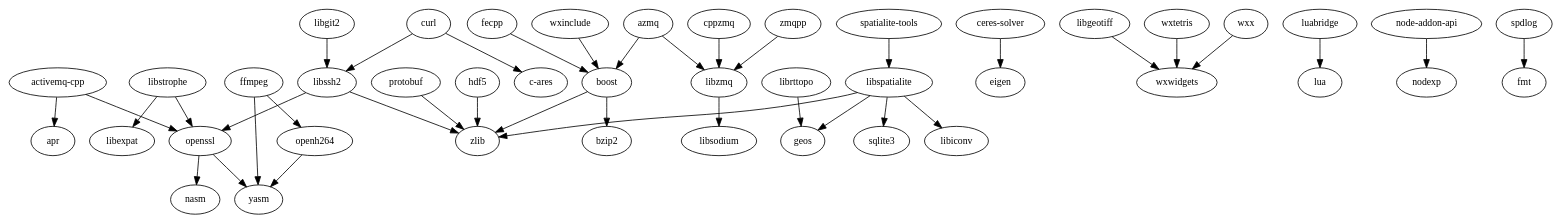
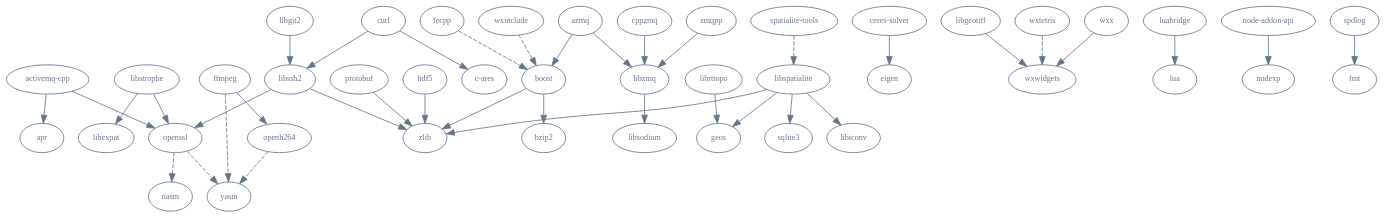
One commit to externpro/externpro changed the diagram in cmake/deps.dot. Above: the diagram before and after it, drawn with Graphviz. The commit also changed 2 other files, not shown here.

```diff
--- a/cmake/deps.dot
+++ b/cmake/deps.dot
@@ -1,41 +1,45 @@
 digraph GG {
-  node [fontsize=12];
+  bgcolor="transparent";
+  graph [fontcolor="#64748b", color="#64748b"];
+  node  [fontcolor="#64748b", color="#64748b"];
+  edge  [fontcolor="#64748b", color="#64748b"];
+  node  [fontsize=10];
   "activemq-cpp" -> "apr";
   "activemq-cpp" -> "openssl";
   "azmq" -> "boost";
   "azmq" -> "libzmq";
   "boost" -> "bzip2";
   "boost" -> "zlib";
   "ceres-solver" -> "eigen";
   "cppzmq" -> "libzmq";
   "curl" -> "c-ares";
   "curl" -> "libssh2";
-  "fecpp" -> "boost";
+  "fecpp" -> "boost" [style=dashed];
   "ffmpeg" -> "openh264";
-  "ffmpeg" -> "yasm";
+  "ffmpeg" -> "yasm" [style=dashed];
   "hdf5" -> "zlib";
   "libgeotiff" -> "wxwidgets";
   "libgit2" -> "libssh2";
   "librttopo" -> "geos";
   "libspatialite" -> "geos";
   "libspatialite" -> "libiconv";
   "libspatialite" -> "sqlite3";
   "libspatialite" -> "zlib";
   "libssh2" -> "openssl";
   "libssh2" -> "zlib";
   "libstrophe" -> "libexpat";
   "libstrophe" -> "openssl";
   "libzmq" -> "libsodium";
   "luabridge" -> "lua";
   "node-addon-api" -> "nodexp";
-  "openh264" -> "yasm";
-  "openssl" -> "nasm";
-  "openssl" -> "yasm";
+  "openh264" -> "yasm" [style=dashed];
+  "openssl" -> "nasm" [style=dashed];
+  "openssl" -> "yasm" [style=dashed];
   "protobuf" -> "zlib";
-  "spatialite-tools" -> "libspatialite";
+  "spatialite-tools" -> "libspatialite" [style=dashed];
   "spdlog" -> "fmt";
-  "wxinclude" -> "boost";
-  "wxtetris" -> "wxwidgets";
+  "wxinclude" -> "boost" [style=dashed];
+  "wxtetris" -> "wxwidgets" [style=dashed];
   "wxx" -> "wxwidgets";
   "zmqpp" -> "libzmq";
 }
```
